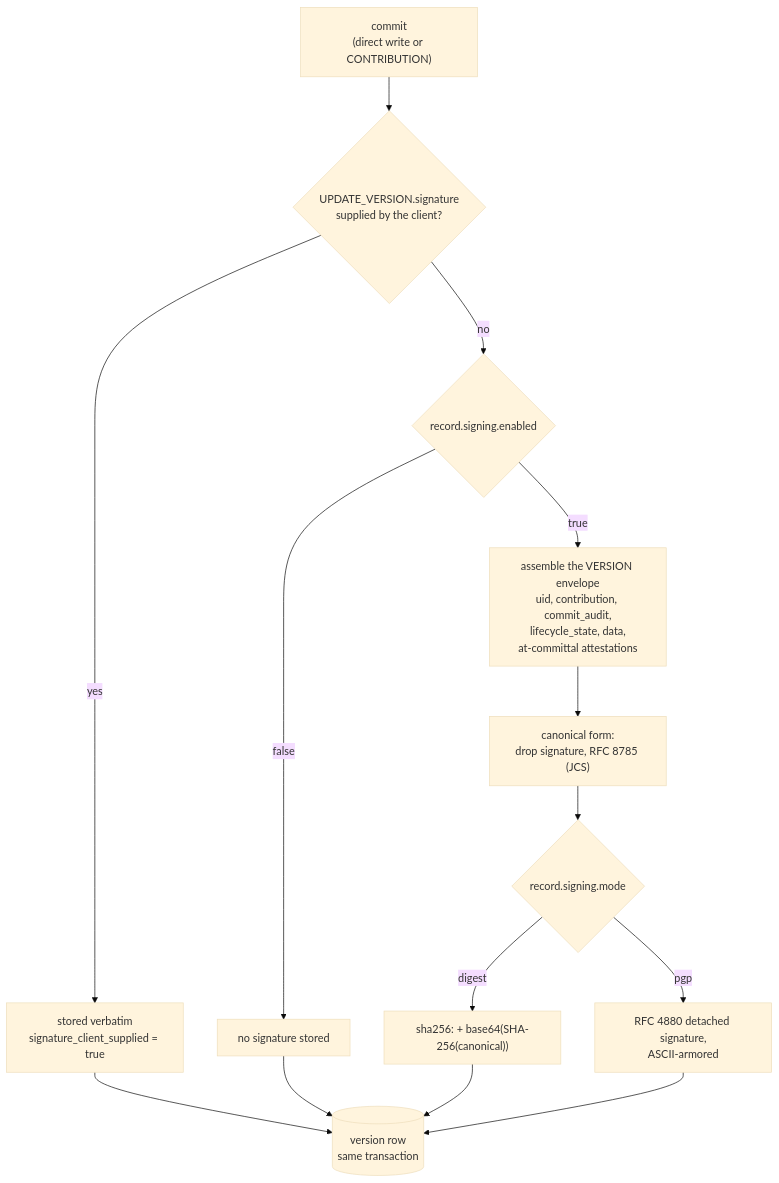
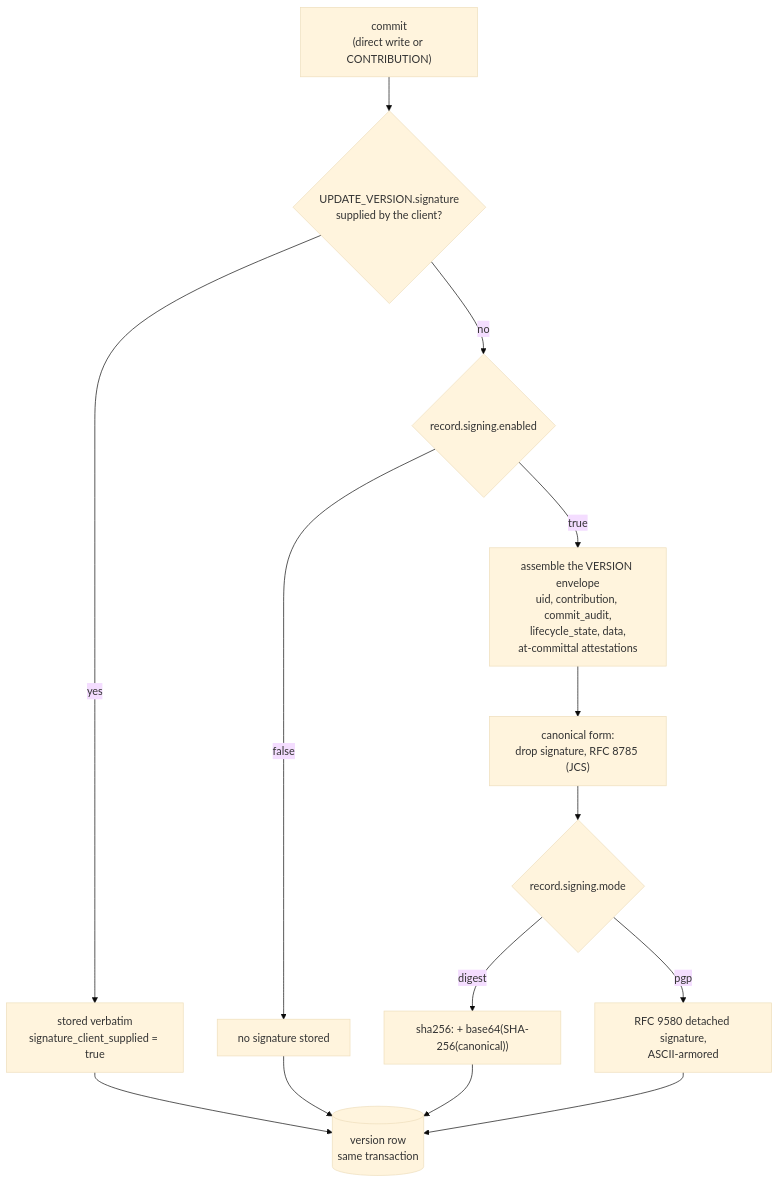
One commit to FerroHEALTH/FerroEHR changed the diagram in website/book/src/signing/digest.md. Above: the diagram before and after it, drawn with Mermaid (base theme). The commit also changed 54 other files, not shown here.

````diff
--- a/website/book/src/signing/digest.md
+++ b/website/book/src/signing/digest.md
@@ -78,16 +78,16 @@
 ```mermaid
 flowchart TD
     A["commit<br/>(direct write or CONTRIBUTION)"] --> B{"UPDATE_VERSION.signature<br/>supplied by the client?"}
     B -->|yes| C["stored verbatim<br/>signature_client_supplied = true"]
     B -->|no| D{"record.signing.enabled"}
     D -->|false| E["no signature stored"]
     D -->|true| F["assemble the VERSION envelope<br/>uid, contribution, commit_audit,<br/>lifecycle_state, data,<br/>at-committal attestations"]
     F --> G["canonical form:<br/>drop signature, RFC 8785 (JCS)"]
     G --> H{"record.signing.mode"}
     H -->|digest| I["sha256: + base64(SHA-256(canonical))"]
-    H -->|pgp| J["RFC 4880 detached signature,<br/>ASCII-armored"]
+    H -->|pgp| J["RFC 9580 detached signature,<br/>ASCII-armored"]
     I --> K[("version row<br/>same transaction")]
     J --> K
     C --> K
     E --> K
 ```
````
